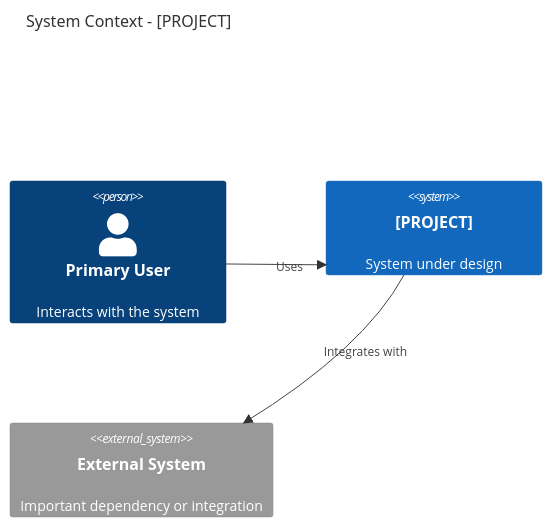
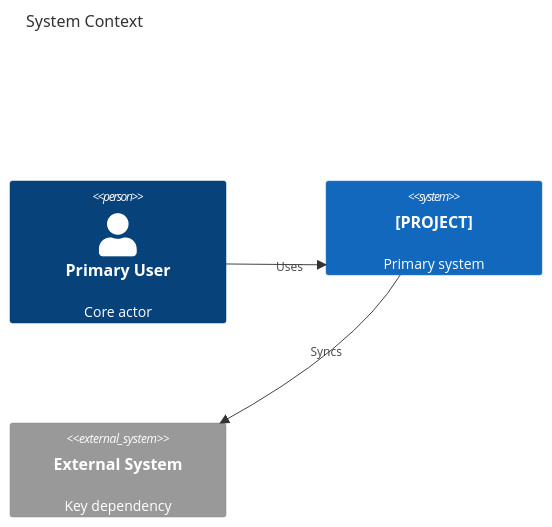
One commit to attilaszasz/sdd-pilot changed the first of 5 diagrams in .github/skills/system-design/assets/sad-template.md. Above: the diagram before and after it, drawn with Mermaid. The commit also changed other lines of this file and 4 other files, not shown here.

First line of the commit message:
Refine C4 diagram authoring guidance

````diff
--- a/.github/skills/system-design/assets/sad-template.md
+++ b/.github/skills/system-design/assets/sad-template.md
@@ -27,9 +27,9 @@
 ```mermaid
 C4Context
-    title System Context - [PROJECT]
-    Person(user, "Primary User", "Interacts with the system")
-    System(system, "[PROJECT]", "System under design")
-    System_Ext(ext1, "External System", "Important dependency or integration")
+    title System Context
+    Person(user, "Primary User", "Core actor")
+    System(system, "[PROJECT]", "Primary system")
+    System_Ext(ext1, "External System", "Key dependency")
     Rel(user, system, "Uses")
-    Rel(system, ext1, "Integrates with")
+    Rel(system, ext1, "Syncs")
 ```
````
